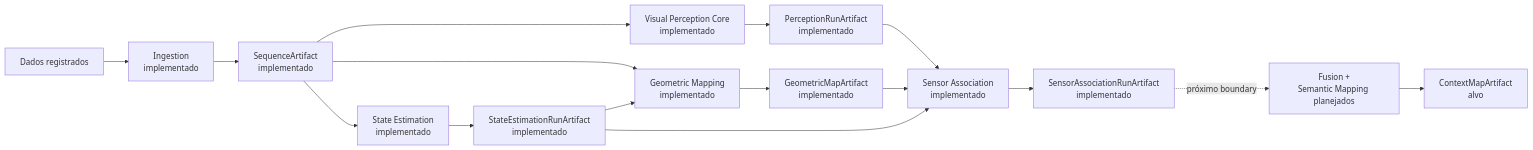
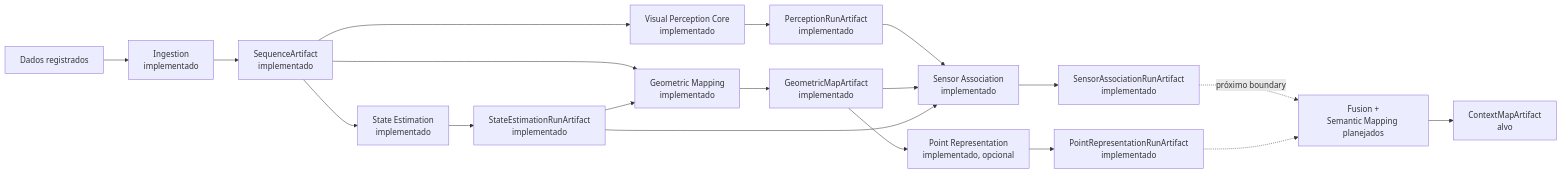
One commit to Alexandre-Tortoza/contextmap2 changed the diagram in README.md. Above: the diagram before and after it, drawn with Mermaid. The commit also changed other lines of this file and 6 other files, not shown here.

````diff
--- a/README.md
+++ b/README.md
@@ -11,18 +11,21 @@
 ```mermaid
 flowchart LR
     A["Dados registrados"] --> B["Ingestion<br/>implementado"]
     B --> C["SequenceArtifact<br/>implementado"]
     C --> D["Visual Perception Core<br/>implementado"]
     D --> E["PerceptionRunArtifact<br/>implementado"]
     C --> S["State Estimation<br/>implementado"]
     S --> T["StateEstimationRunArtifact<br/>implementado"]
     C --> M["Geometric Mapping<br/>implementado"]
     T --> M
     M --> MA["GeometricMapArtifact<br/>implementado"]
     E --> SEN["Sensor Association<br/>implementado"]
     MA --> SEN
     T --> SEN
     SEN --> SENA["SensorAssociationRunArtifact<br/>implementado"]
+    MA --> PTR["Point Representation<br/>implementado, opcional"]
+    PTR --> PTRA["PointRepresentationRunArtifact<br/>implementado"]
     SENA -. próximo boundary .-> F["Fusion +<br/>Semantic Mapping planejados"]
+    PTRA -.-> F
     F --> G["ContextMapArtifact<br/>alvo"]
 ```
````
